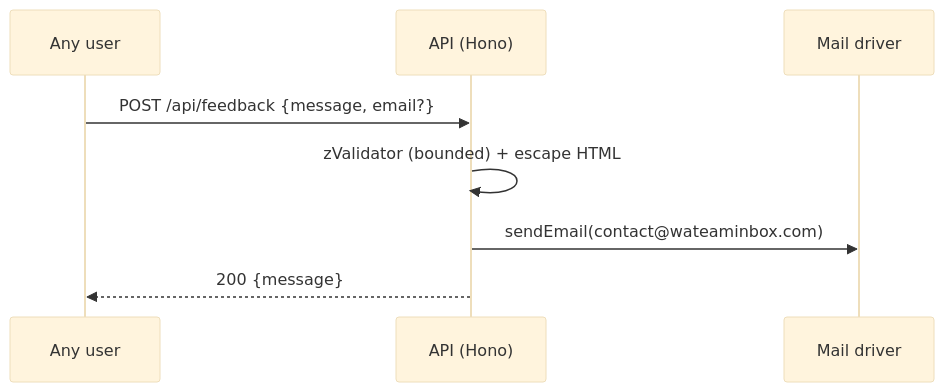
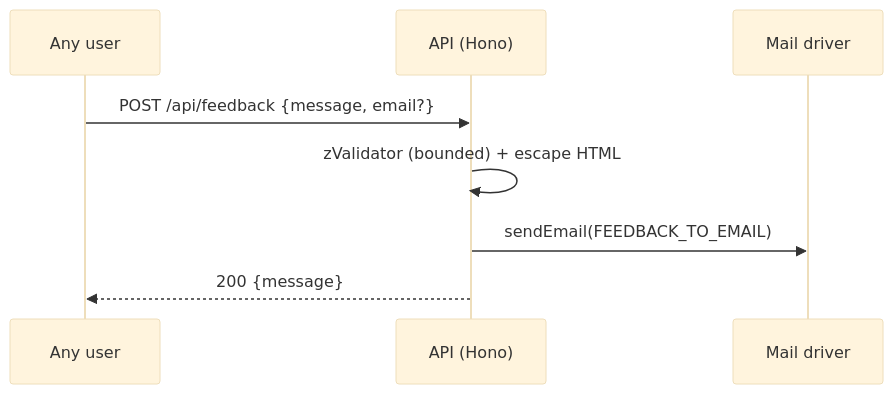
Before and after one commit to ygncode/wateaminbox: the diagram in docs/apis/feedback.md, drawn with Mermaid (base theme). The commit also changed other lines of this file and 8 other files, not shown here.

````diff
--- a/docs/apis/feedback.md
+++ b/docs/apis/feedback.md
@@ -19,10 +19,10 @@
 ```mermaid
 sequenceDiagram
     participant U as Any user
     participant A as API (Hono)
     participant M as Mail driver
     U->>A: POST /api/feedback {message, email?}
     A->>A: zValidator (bounded) + escape HTML
-    A->>M: sendEmail(contact@wateaminbox.com)
+    A->>M: sendEmail(FEEDBACK_TO_EMAIL)
     A-->>U: 200 {message}
 ```
````
